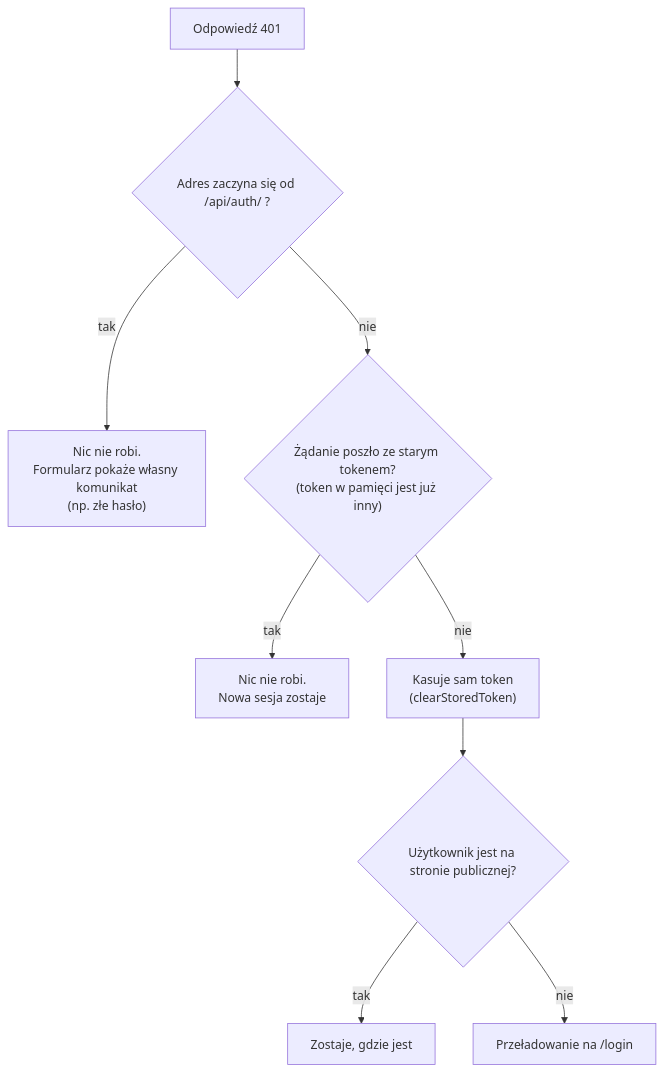
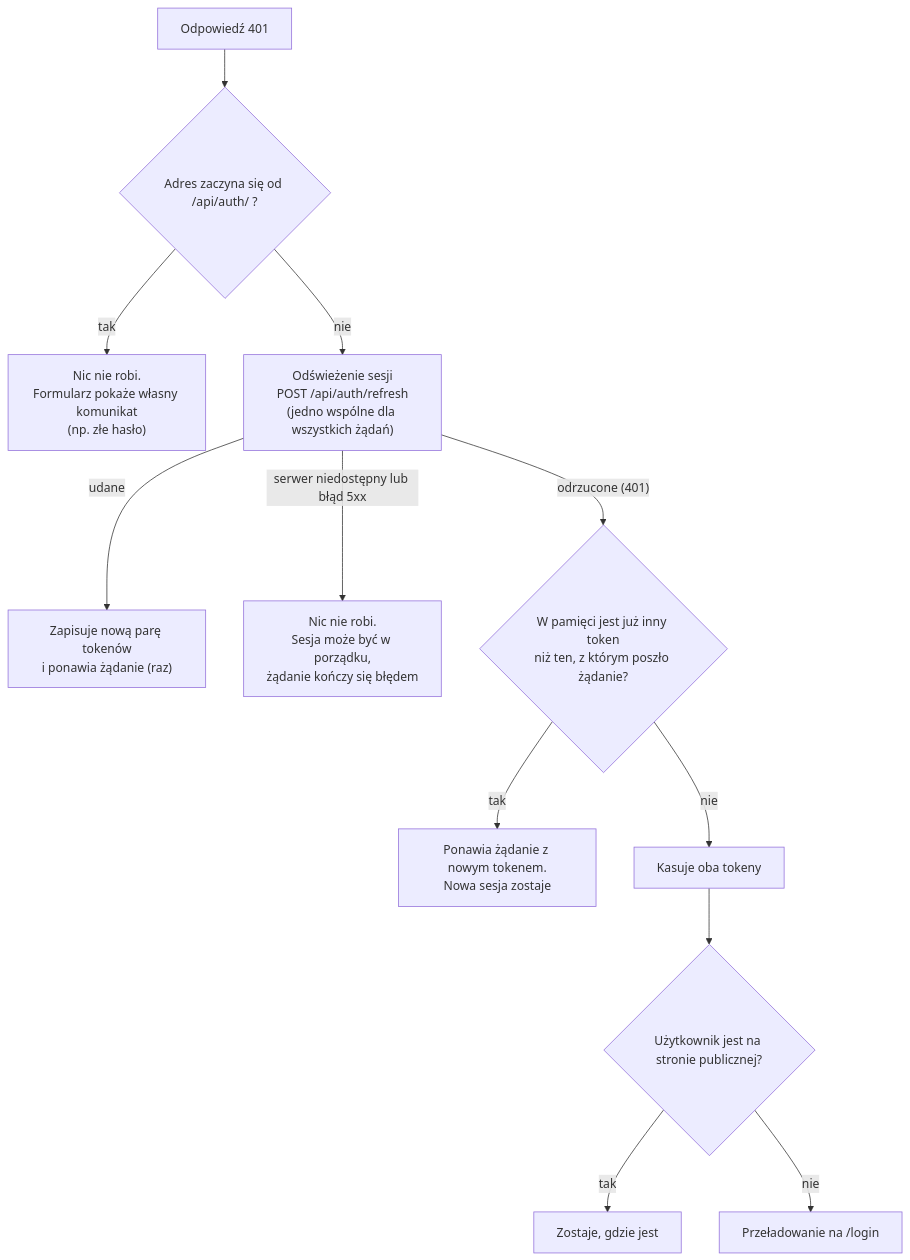
One commit to YellowHand/tutlaw-frontend changed the first of 2 diagrams in docs/03-logowanie-i-sesja.md. Above: the diagram before and after it, drawn with Mermaid. The commit also changed other lines of this file and 57 other files, not shown here.

````diff
--- a/docs/03-logowanie-i-sesja.md
+++ b/docs/03-logowanie-i-sesja.md
@@ -44,11 +48,14 @@
 ```mermaid
 flowchart TD
     E["Odpowiedź 401"] --> A{"Adres zaczyna się od /api/auth/ ?"}
     A -- tak --> F["Nic nie robi.<br/>Formularz pokaże własny komunikat<br/>(np. złe hasło)"]
-    A -- nie --> B{"Żądanie poszło ze starym tokenem?<br/>(token w pamięci jest już inny)"}
-    B -- tak --> G["Nic nie robi.<br/>Nowa sesja zostaje"]
-    B -- nie --> C["Kasuje sam token<br/>(clearStoredToken)"]
+    A -- nie --> R["Odświeżenie sesji<br/>POST /api/auth/refresh<br/>(jedno wspólne dla wszystkich żądań)"]
+    R -- "udane" --> OK["Zapisuje nową parę tokenów<br/>i ponawia żądanie (raz)"]
+    R -- "serwer niedostępny lub błąd 5xx" --> NE["Nic nie robi.<br/>Sesja może być w porządku,<br/>żądanie kończy się błędem"]
+    R -- "odrzucone (401)" --> B{"W pamięci jest już inny token<br/>niż ten, z którym poszło żądanie?"}
+    B -- tak --> G["Ponawia żądanie z nowym tokenem.<br/>Nowa sesja zostaje"]
+    B -- nie --> C["Kasuje oba tokeny"]
     C --> D{"Użytkownik jest na stronie publicznej?"}
     D -- tak --> H["Zostaje, gdzie jest"]
     D -- nie --> I["Przeładowanie na /login"]
 ```
````
